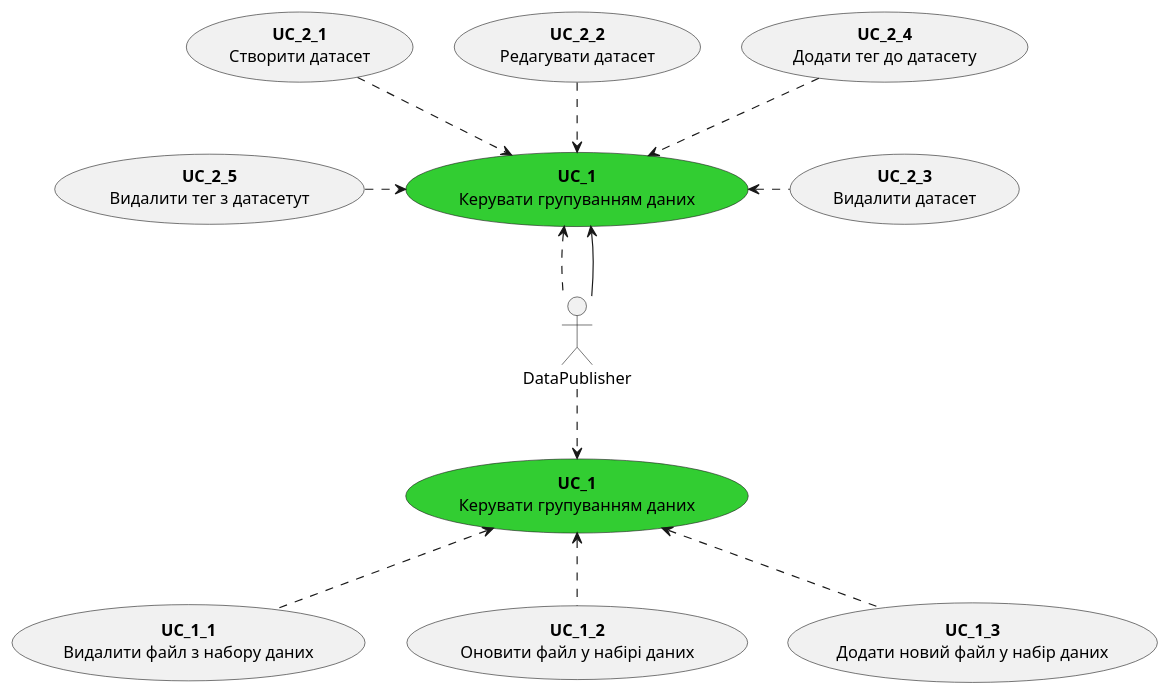
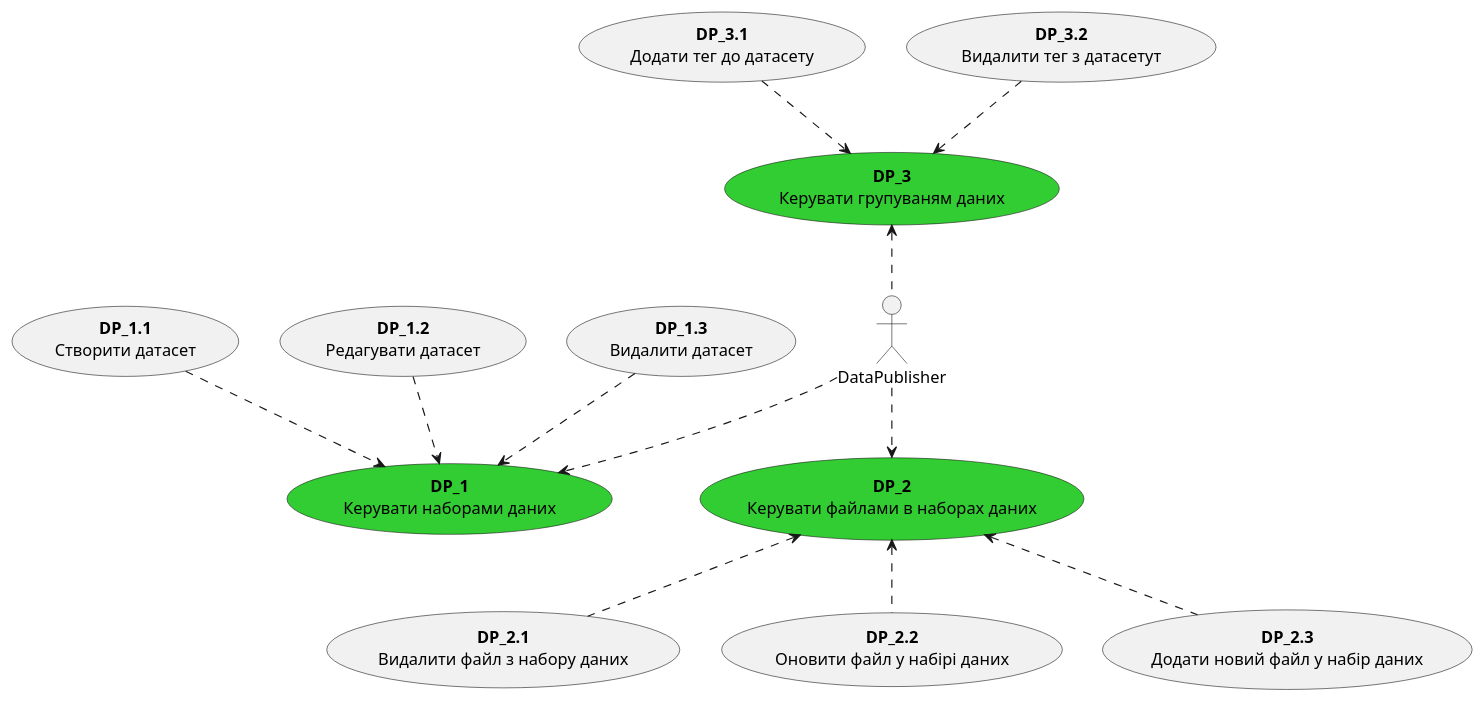
The second of 3 diagrams in docs/use cases/README.md (boldak/edu-db-cw), drawn with PlantUML before and after one commit. The commit also changed other lines of this file, not shown here.

```diff
--- a/docs/use cases/README.md
+++ b/docs/use cases/README.md
@@ -197,37 +46,43 @@
 @startuml
 
   actor DataPublisher
   
-  usecase Dmanage3 as "<b>UC_1</b>\nКерувати групуванням даних" #32CD32
-  usecase Dmanage3_1 as "<b>UC_2_1</b>\nСтворити датасет"
-  usecase Dmanage3_2 as "<b>UC_2_2</b>\nРедагувати датасет"
-  usecase Dmanage3_3 as "<b>UC_2_3</b>\nВидалити датасет"
-  usecase Dmanage3_4 as "<b>UC_2_4</b>\nДодати тег до датасету"
-  usecase Dmanage3_5 as "<b>UC_2_5</b>\nВидалити тег з датасетут"
+  usecase Dmanage1 as "<b>DP_1</b>\nКерувати наборами даних" #32CD32
+  usecase Dmanage1_1 as "<b>DP_1.1</b>\nСтворити датасет"
+  usecase Dmanage1_2 as "<b>DP_1.2</b>\nРедагувати датасет"
+  usecase Dmanage1_3 as "<b>DP_1.3</b>\nВидалити датасет"
 
-  usecase Dmanage2 as "<b>UC_1</b>\nКерувати групуванням даних" #32CD32
-  usecase Dmanage2_1 as "<b>UC_1_1</b>\nВидалити файл з набору даних"
-  usecase Dmanage2_2 as "<b>UC_1_2</b>\nОновити файл у набірі даних"
-  usecase Dmanage2_3 as "<b>UC_1_3</b>\nДодати новий файл у набір даних"
+
+
+  usecase Dmanage2 as "<b>DP_2</b>\nКерувати файлами в наборах даних" #32CD32
+  usecase Dmanage2_1 as "<b>DP_2.1</b>\nВидалити файл з набору даних"
+  usecase Dmanage2_2 as "<b>DP_2.2</b>\nОновити файл у набірі даних"
+  usecase Dmanage2_3 as "<b>DP_2.3</b>\nДодати новий файл у набір даних"
+
+
+  usecase Dmanage3 as "<b>DP_3</b>\nКерувати групуваням даних" #32CD32
+  usecase Dmanage3_1 as "<b>DP_3.1</b>\nДодати тег до датасету"
+  usecase Dmanage3_2 as "<b>DP_3.2</b>\nВидалити тег з датасетут"
  
   
 
   DataPublisher .u.> Dmanage3
   DataPublisher .d.> Dmanage2
+  DataPublisher .d.> Dmanage1
+
   Dmanage2_1 .u.> Dmanage2 <<extends>>
   Dmanage2_2 .u.> Dmanage2 <<extends>>
   Dmanage2_3 .u.> Dmanage2 <<extends>>
 
- 
-  
-
-  DataPublisher -> Dmanage3
   Dmanage3_1 .d.> Dmanage3 <<extends>>
   Dmanage3_2 .d.> Dmanage3 <<extends>>
-  Dmanage3_3 .l.> Dmanage3 <<extends>>
-  Dmanage3_4 .d.> Dmanage3 <<extends>>
-  Dmanage3_5 .r.> Dmanage3 <<extends>>
+
+
+  Dmanage1_1 .d.> Dmanage1 <<extends>>
+  Dmanage1_2 .d.> Dmanage1 <<extends>>
+  Dmanage1_3 .d.> Dmanage1 <<extends>>
+
           
 
   
 @enduml
```
